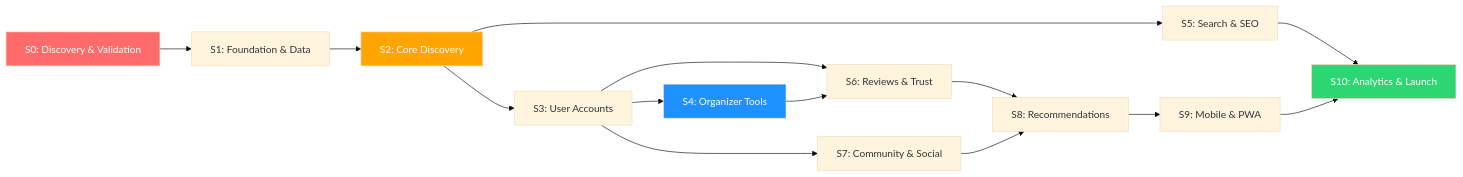
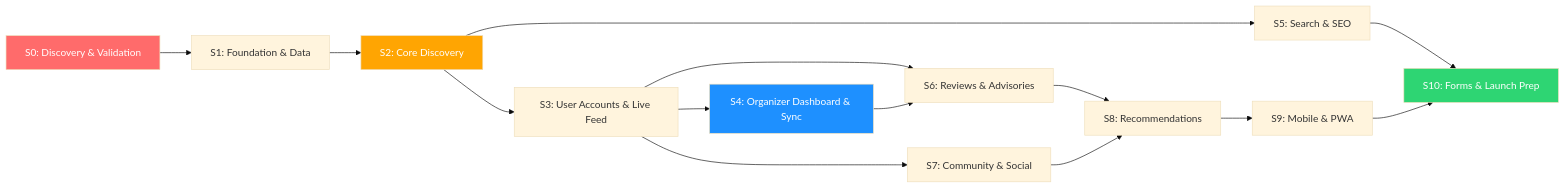
One commit to mr-nsin/goathletix-backend changed the diagram in docs/10-sprint-roadmap.md. Above: the diagram before and after it, drawn with Mermaid (base theme). The commit also changed other lines of this file and 182 other files, not shown here.

````diff
--- a/docs/10-sprint-roadmap.md
+++ b/docs/10-sprint-roadmap.md
@@ -235,21 +235,21 @@
 ```mermaid
 graph LR
     S0["S0: Discovery & Validation"] --> S1["S1: Foundation & Data"]
     S1 --> S2["S2: Core Discovery"]
-    S2 --> S3["S3: User Accounts"]
+    S2 --> S3["S3: User Accounts & Live Feed"]
     S2 --> S5["S5: Search & SEO"]
-    S3 --> S4["S4: Organizer Tools"]
-    S3 --> S6["S6: Reviews & Trust"]
+    S3 --> S4["S4: Organizer Dashboard & Sync"]
+    S3 --> S6["S6: Reviews & Advisories"]
     S3 --> S7["S7: Community & Social"]
     S4 --> S6
     S6 --> S8["S8: Recommendations"]
     S7 --> S8
-    S5 --> S10["S10: Analytics & Launch"]
+    S5 --> S10["S10: Forms & Launch Prep"]
     S8 --> S9["S9: Mobile & PWA"]
     S9 --> S10
 
     style S0 fill:#ff6b6b,color:#fff
     style S2 fill:#ffa502,color:#fff
     style S4 fill:#1e90ff,color:#fff
     style S10 fill:#2ed573,color:#fff
 ```
````
